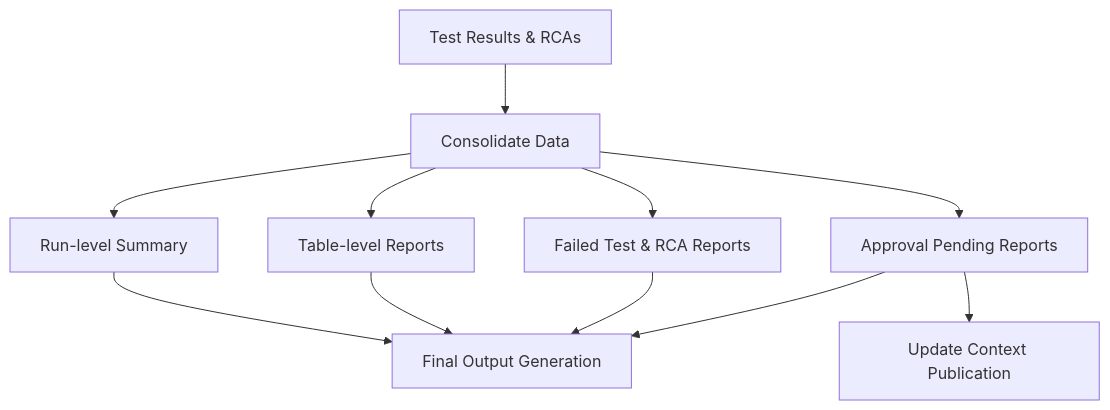
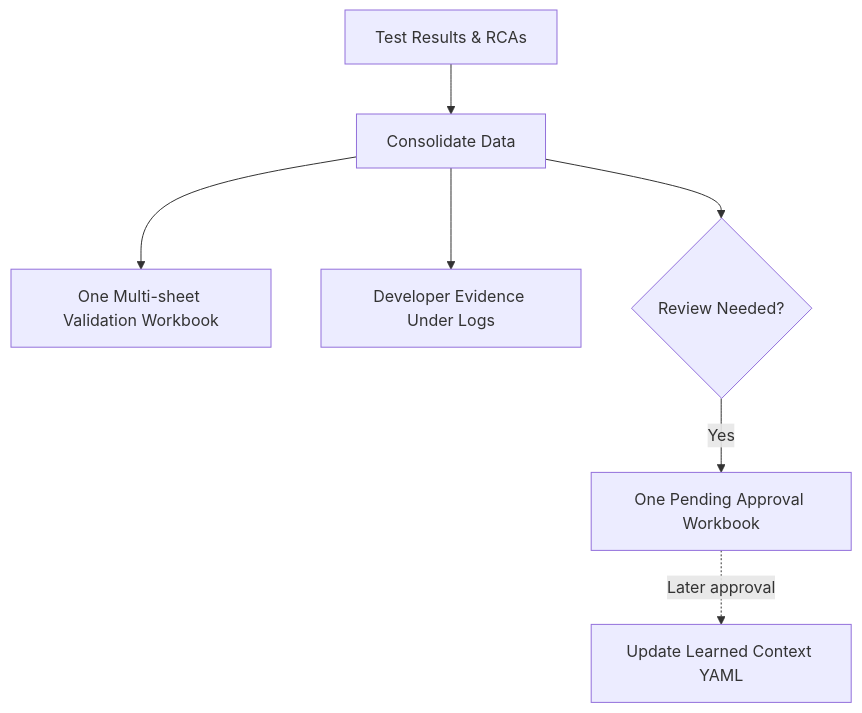
One commit to muthumr0306/DBK-BQ-VALIDATION-AGENT-V2 changed the ninth of 9 diagrams in dq_agent_conceptual_flow.md. Above: the diagram before and after it, drawn with Mermaid. The commit also changed other lines of this file and 48 other files, not shown here.

````diff
--- a/dq_agent_conceptual_flow.md
+++ b/dq_agent_conceptual_flow.md
@@ -271,10 +278,9 @@
 ```mermaid
 flowchart TD
     A[Test Results & RCAs] --> B[Consolidate Data]
-    B --> C[Run-level Summary]
-    B --> D[Table-level Reports]
-    B --> E[Failed Test & RCA Reports]
-    B --> F[Approval Pending Reports]
-    C & D & E & F --> G[Final Output Generation]
-    F --> H[Update Context Publication]
+    B --> C[One Multi-sheet Validation Workbook]
+    B --> D[Developer Evidence Under Logs]
+    B --> E{Review Needed?}
+    E -- Yes --> F[One Pending Approval Workbook]
+    F -. Later approval .-> G[Update Learned Context YAML]
 ```
````
